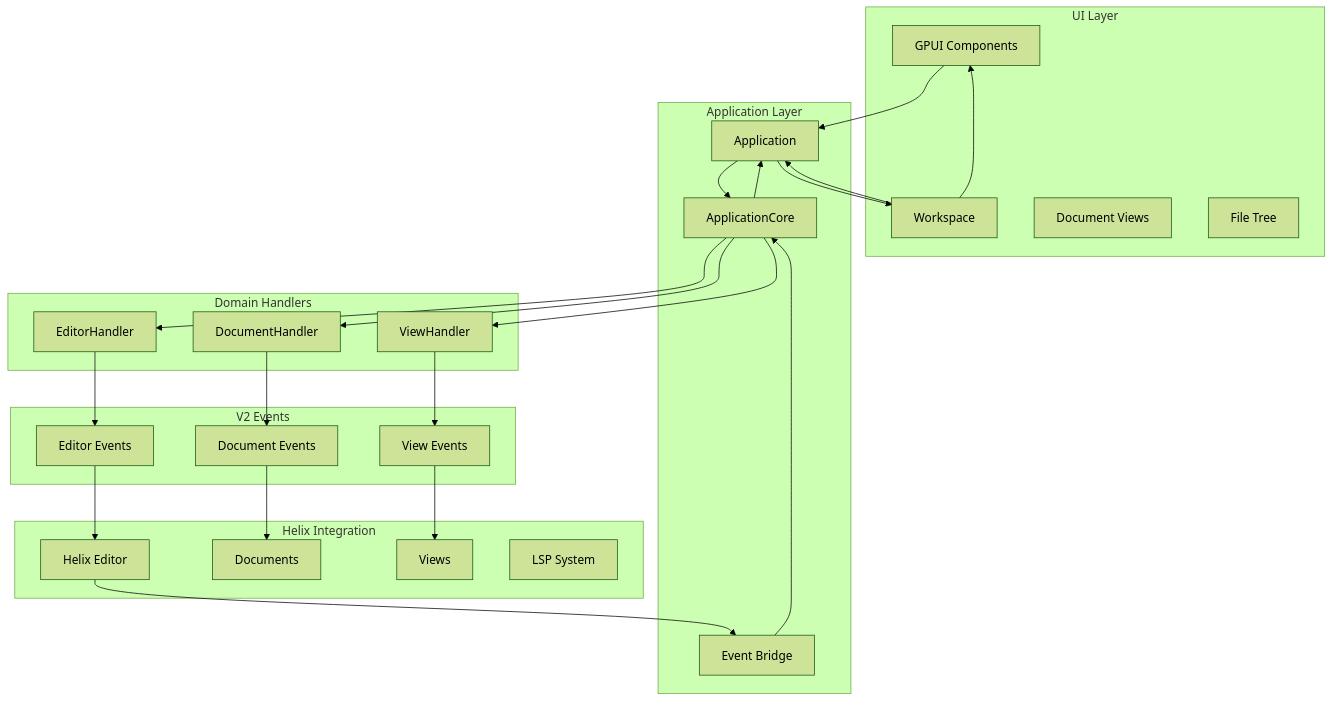
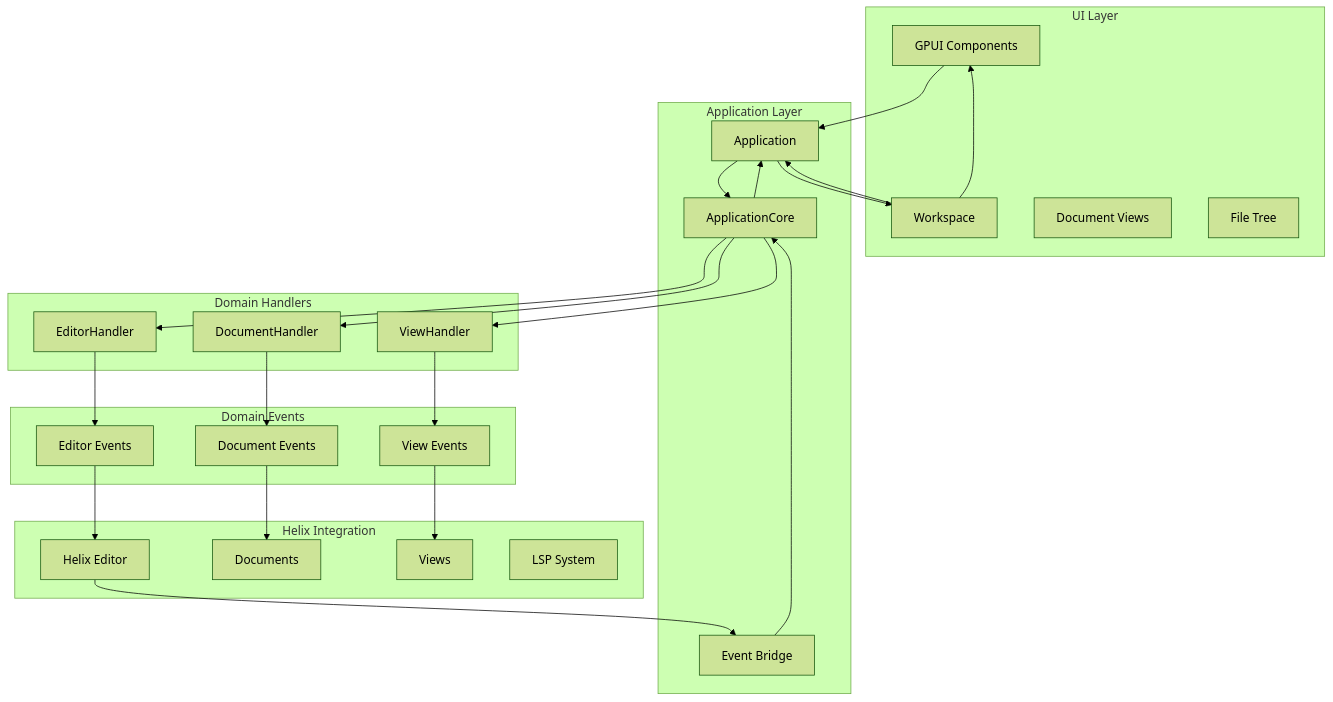
One commit to iainh/nucleotide changed the fifth of 6 diagrams in docs/event_system.md. Above: the diagram before and after it, drawn with Mermaid (forest theme). The commit also changed other lines of this file, not shown here.

````diff
--- a/docs/event_system.md
+++ b/docs/event_system.md
@@ -172,55 +166,55 @@
 ```mermaid
 graph TB
     subgraph "UI Layer"
         GPUI[GPUI Components]
         WS[Workspace]
         DV[Document Views]
         FT[File Tree]
     end
     
     subgraph "Application Layer"
         APP[Application]
         CORE[ApplicationCore]
         BRIDGE[Event Bridge]
     end
     
     subgraph "Domain Handlers"
         DH[DocumentHandler]
         VH[ViewHandler]
         EH[EditorHandler]
     end
     
-    subgraph "V2 Events"
+    subgraph "Domain Events"
         DE[Document Events]
         VE[View Events]
         EE[Editor Events]
     end
     
     subgraph "Helix Integration"
         EDITOR[Helix Editor]
         DOCS[Documents]
         VIEWS[Views]
         LSP[LSP System]
     end
     
     GPUI --> APP
     WS --> APP
     APP --> CORE
     CORE --> DH
     CORE --> VH
     CORE --> EH
     
     DH --> DE
     VH --> VE
     EH --> EE
     
     DE --> DOCS
     VE --> VIEWS
     EE --> EDITOR
     
     EDITOR --> BRIDGE
     BRIDGE --> CORE
     CORE --> APP
     APP --> WS
     WS --> GPUI
 ```
````
